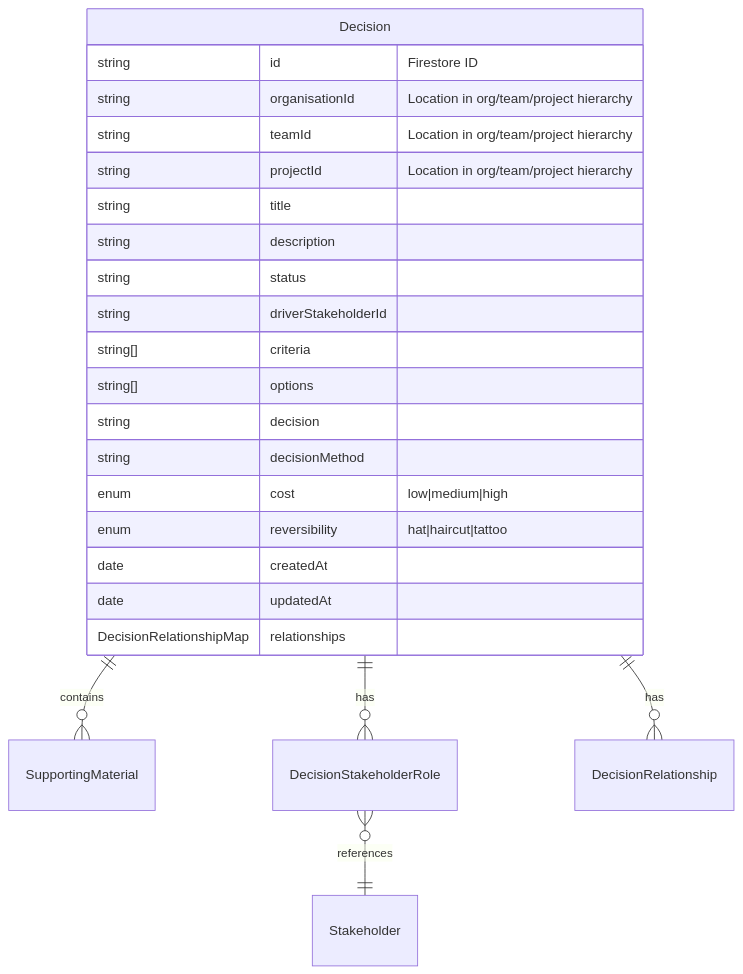
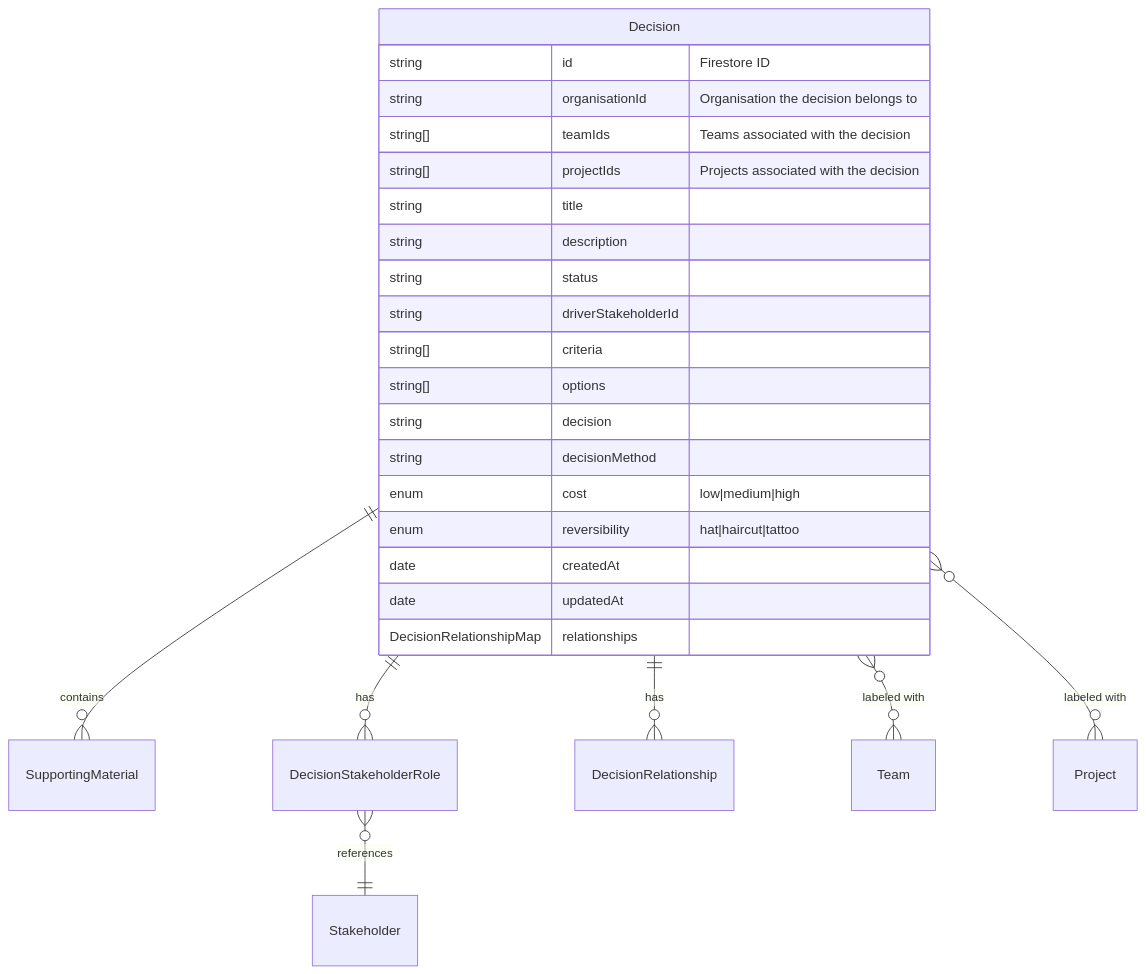
Before and after one commit to wellmaintained/decision-copilot: the diagram in docs/domain/decision.md, drawn with Mermaid. The commit also changed other lines of this file and 35 other files, not shown here.

First line of the commit message:
refactor: Migrate to label-based decision and project structure

````diff
--- a/docs/domain/decision.md
+++ b/docs/domain/decision.md
@@ -9,26 +9,28 @@
 ```mermaid
 erDiagram
     Decision {
         string id "Firestore ID"
-        string organisationId "Location in org/team/project hierarchy"
-        string teamId "Location in org/team/project hierarchy"
-        string projectId "Location in org/team/project hierarchy"
+        string organisationId "Organisation the decision belongs to"
+        string[] teamIds "Teams associated with the decision"
+        string[] projectIds "Projects associated with the decision"
         string title
         string description
         string status
         string driverStakeholderId
         string[] criteria
         string[] options
         string decision
         string decisionMethod
         enum cost "low|medium|high"
         enum reversibility "hat|haircut|tattoo"
         date createdAt
         date updatedAt
         DecisionRelationshipMap relationships
     }
     Decision ||--o{ SupportingMaterial : contains
     Decision ||--o{ DecisionStakeholderRole : has
     DecisionStakeholderRole }o--|| Stakeholder : references
     Decision ||--o{ DecisionRelationship : "has"
+    Decision }o--o{ Team : "labeled with"
+    Decision }o--o{ Project : "labeled with"
 ```
````
